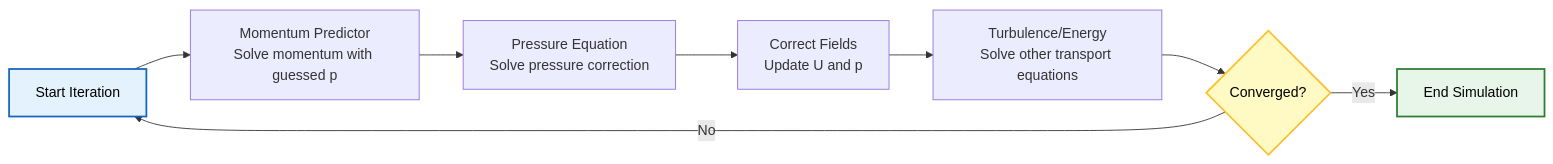
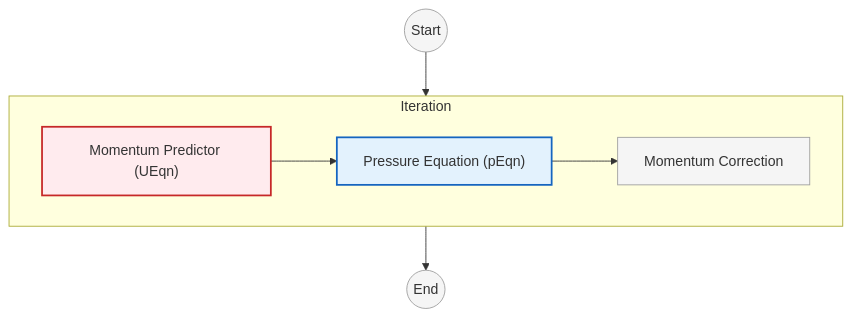
Before and after one commit to wramet/build-my-cfd: the third of 4 diagrams in MODULE_01_CFD_FUNDAMENTALS/CONTENT/02_FINITE_VOLUME_METHOD/06_OpenFOAM_Implementation.md, drawn with Mermaid. The commit also changed other lines of this file and 313 other files, not shown here.

Commit message:
Revise all diagram

````diff
--- a/MODULE_01_CFD_FUNDAMENTALS/CONTENT/02_FINITE_VOLUME_METHOD/06_OpenFOAM_Implementation.md
+++ b/MODULE_01_CFD_FUNDAMENTALS/CONTENT/02_FINITE_VOLUME_METHOD/06_OpenFOAM_Implementation.md
@@ -443,14 +433,22 @@
 ```mermaid
-graph LR
-    A["Start Iteration"] --> B["Momentum Predictor<br/>Solve momentum with guessed p"]
-    B --> C["Pressure Equation<br/>Solve pressure correction"]
-    C --> D["Correct Fields<br/>Update U and p"]
-    D --> E["Turbulence/Energy<br/>Solve other transport equations"]
-    E --> F{"Converged?"}
-    F -->|No| A
-    F -->|Yes| G["End Simulation"]
+graph TD
+%% SIMPLE Loop
+Start((Start)):::context
 
-    style A fill:#e3f2fd,stroke:#1565c0,stroke-width:2px,color:#000;
-    style G fill:#e8f5e9,stroke:#2e7d32,stroke-width:2px,color:#000;
-    style F fill:#fff9c4,stroke:#fbc02d,stroke-width:2px,color:#000;
+subgraph Loop ["Iteration"]
+Pred["Momentum Predictor (UEqn)"]:::explicit
+Pres["Pressure Equation (pEqn)"]:::implicit
+Corr["Momentum Correction"]:::context
+Pred --> Pres --> Corr
+end
+
+End((End)):::context
+
+Start --> Loop
+Loop --> End
+
+%% Classes
+classDef implicit fill:#e3f2fd,stroke:#1565c0,stroke-width:2px;
+classDef explicit fill:#ffebee,stroke:#c62828,stroke-width:2px;
+classDef context fill:#f5f5f5,stroke:#9e9e9e,stroke-width:1px;
 ```
````
